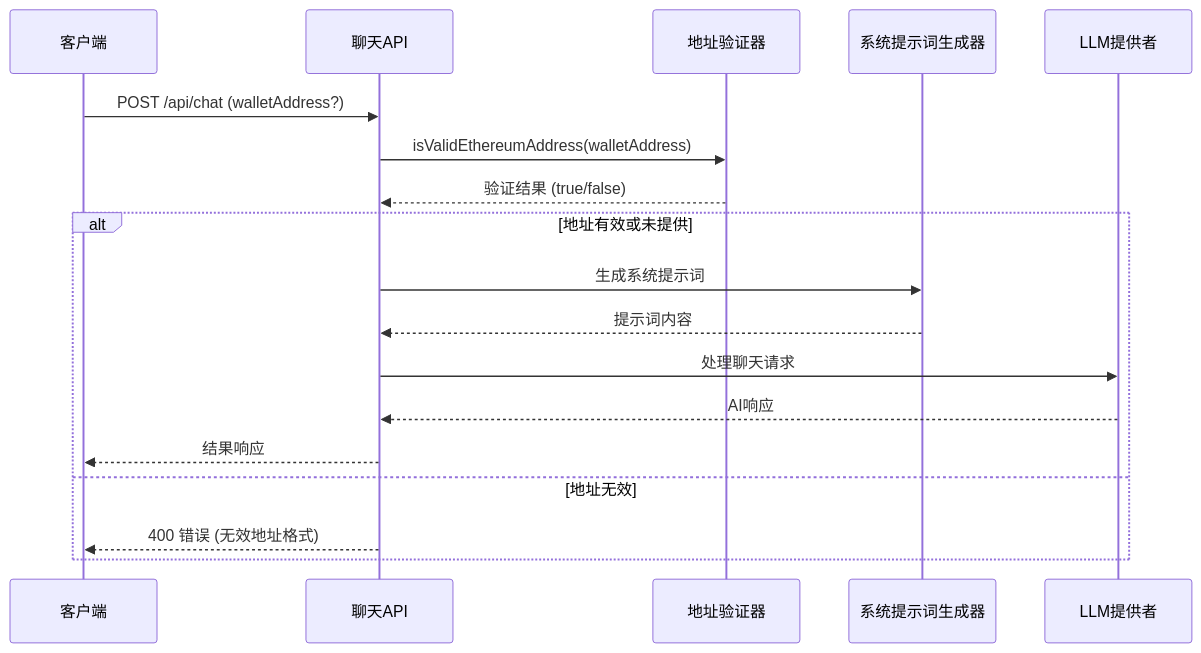
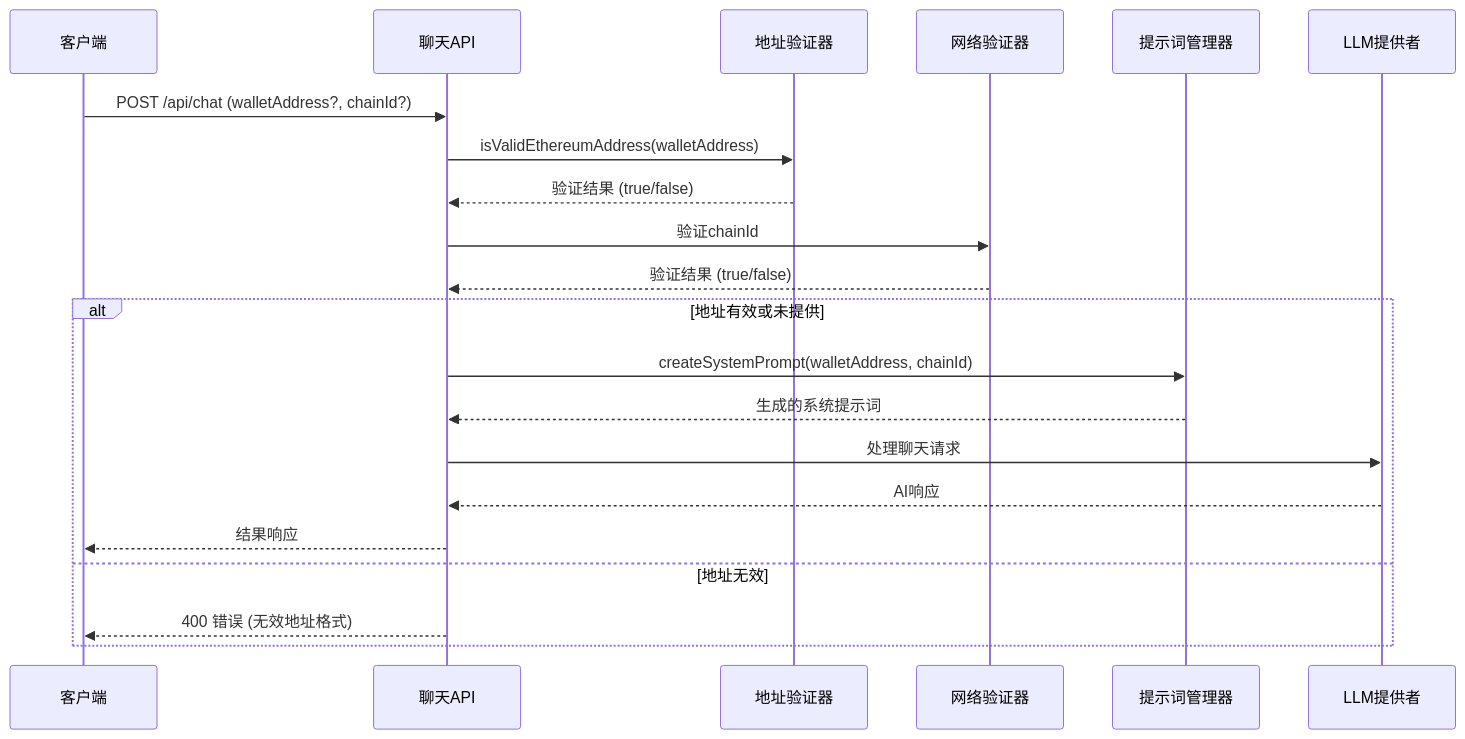
One commit to CryptoLinxu/Web3-AI-Agent changed the fifth of 13 diagrams in .qoder/repowiki/zh/content/API参考文档/聊天API安全增强.md. Above: the diagram before and after it, drawn with Mermaid. The commit also changed other lines of this file and 9 other files, not shown here.

````diff
--- a/.qoder/repowiki/zh/content/API参考文档/聊天API安全增强.md
+++ b/.qoder/repowiki/zh/content/API参考文档/聊天API安全增强.md
@@ -168,20 +239,23 @@
 ```mermaid
 sequenceDiagram
 participant Client as 客户端
 participant ChatAPI as 聊天API
 participant Validator as 地址验证器
-participant SystemPrompt as 系统提示词生成器
+participant NetworkValidator as 网络验证器
+participant PromptManager as 提示词管理器
 participant LLM as LLM提供者
-Client->>ChatAPI : POST /api/chat (walletAddress?)
+Client->>ChatAPI : POST /api/chat (walletAddress?, chainId?)
 ChatAPI->>Validator : isValidEthereumAddress(walletAddress)
 Validator-->>ChatAPI : 验证结果 (true/false)
+ChatAPI->>NetworkValidator : 验证chainId
+NetworkValidator-->>ChatAPI : 验证结果 (true/false)
 alt 地址有效或未提供
-ChatAPI->>SystemPrompt : 生成系统提示词
-SystemPrompt-->>ChatAPI : 提示词内容
+ChatAPI->>PromptManager : createSystemPrompt(walletAddress, chainId)
+PromptManager-->>ChatAPI : 生成的系统提示词
 ChatAPI->>LLM : 处理聊天请求
 LLM-->>ChatAPI : AI响应
 ChatAPI-->>Client : 结果响应
 else 地址无效
 ChatAPI-->>Client : 400 错误 (无效地址格式)
 end
 ```
````
